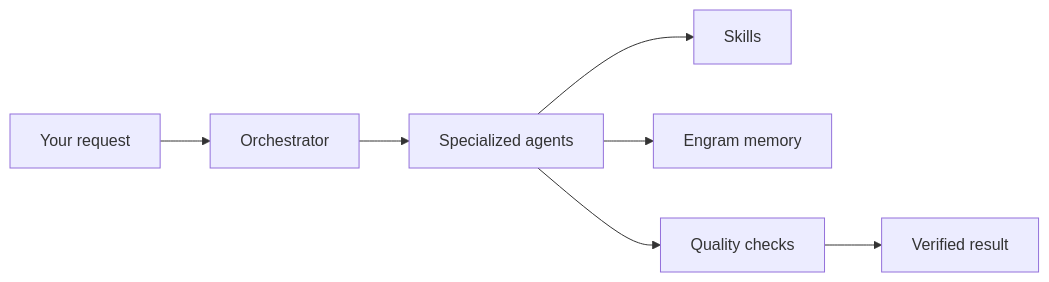
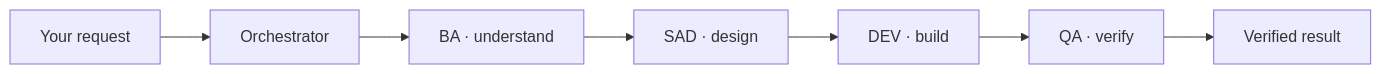
One commit to EmmanuelOrtiz87/gentle-vanguard-public changed the first of 2 diagrams in README.md. Above: the diagram before and after it, drawn with Mermaid. The commit also changed other lines of this file, not shown here.

````diff
--- a/README.md
+++ b/README.md
@@ -38,9 +35,9 @@
 ```mermaid
 flowchart LR
   U[Your request] --> O[Orchestrator]
-  O --> A[Specialized agents]
-  A --> S[Skills]
-  A --> M[Engram memory]
-  A --> Q[Quality checks]
+  O --> B[BA · understand]
+  B --> S[SAD · design]
+  S --> D[DEV · build]
+  D --> Q[QA · verify]
   Q --> R[Verified result]
 ```
````
